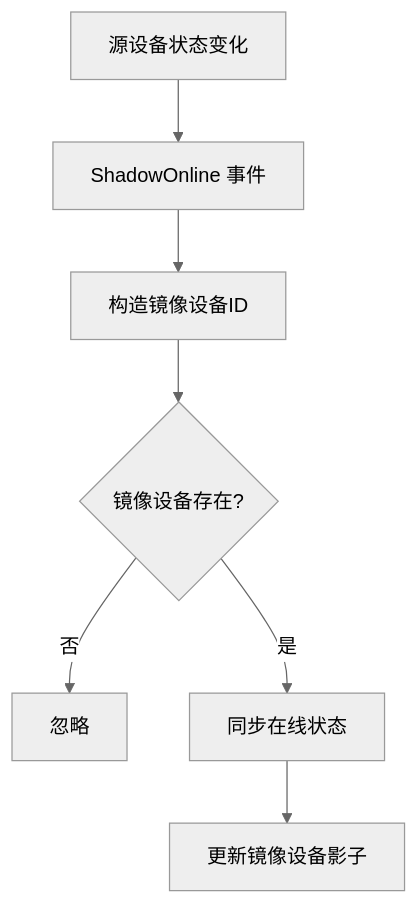
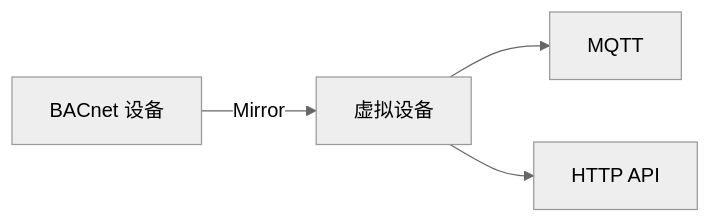
The seventh of 8 diagrams in pages/src/content/docs/exports/mirror.mdx (ibuilding-X/driver-box), drawn with Mermaid (neutral theme) before and after one commit. The commit also changed other lines of this file and 6 other files, not shown here.

````diff
--- a/pages/src/content/docs/exports/mirror.mdx
+++ b/pages/src/content/docs/exports/mirror.mdx
@@ -123,9 +193,6 @@
 ```mermaid
-graph TD
-    A[源设备状态变化] --> B[ShadowOnline 事件]
-    B --> C[构造镜像设备ID]
-    C --> D{镜像设备存在?}
-    D -->|否| E[忽略]
-    D -->|是| F[同步在线状态]
-    F --> G[更新镜像设备影子]
+graph LR
+    A[BACnet 设备] -->|Mirror| B[虚拟设备]
+    B --> C[MQTT]
+    B --> D[HTTP API]
 ```
````
